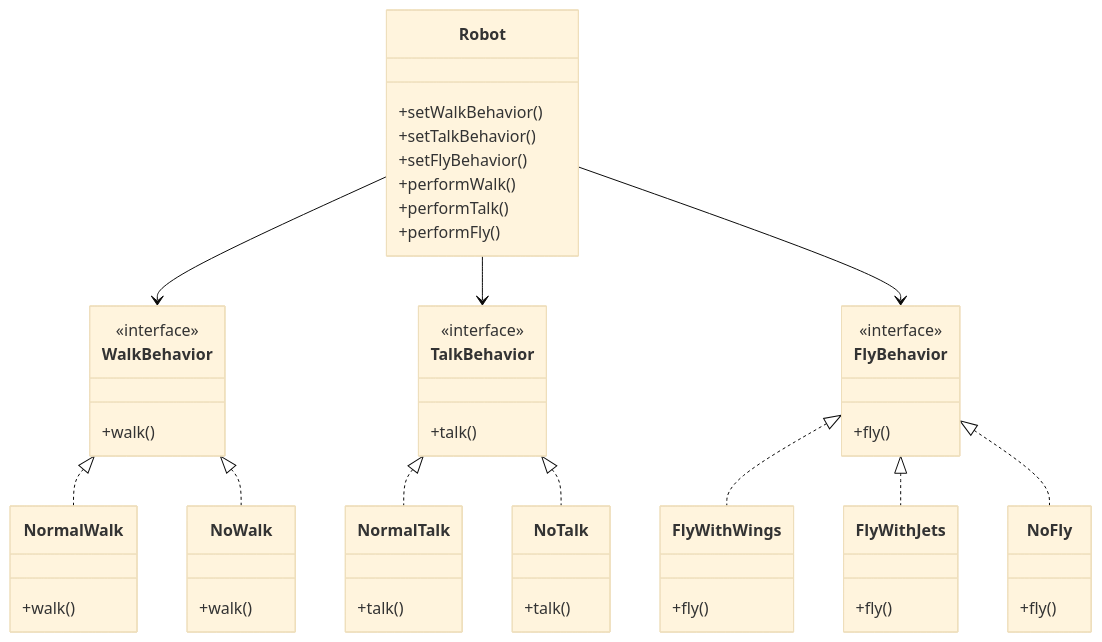
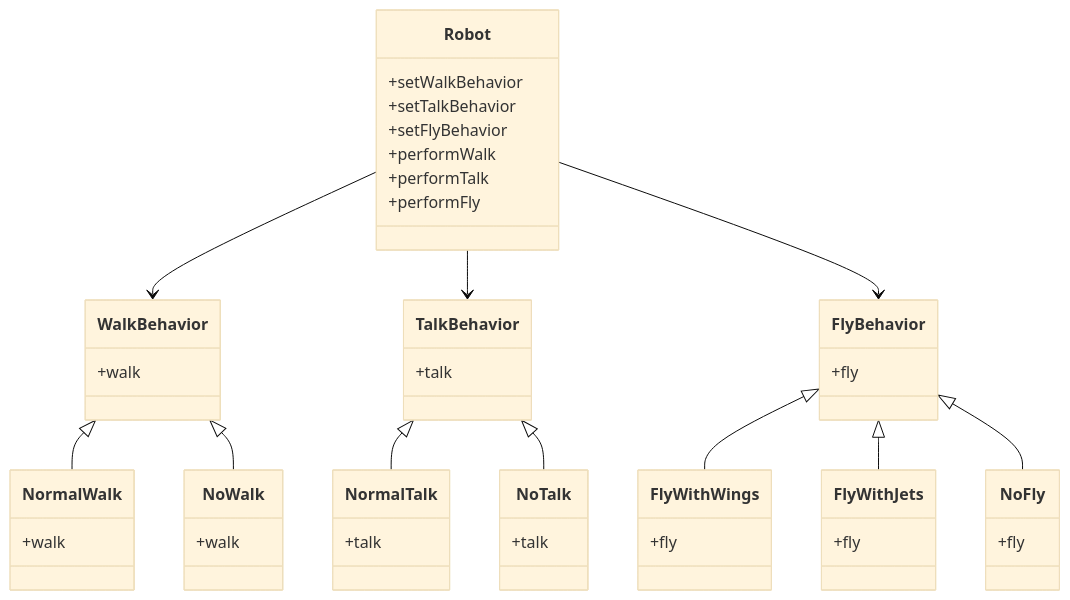
One commit to gojosatoru123-ux/CacheU changed the second of 4 diagrams in src/content/lld-strategy-design-pattern.md. Above: the diagram before and after it, drawn with Mermaid (base theme). The commit also changed other lines of this file and 21 other files, not shown here.

````diff
--- a/src/content/lld-strategy-design-pattern.md
+++ b/src/content/lld-strategy-design-pattern.md
@@ -187,68 +187,65 @@
 ```mermaid
 classDiagram
     class Robot {
-        +setWalkBehavior()
-        +setTalkBehavior()
-        +setFlyBehavior()
-        +performWalk()
-        +performTalk()
-        +performFly()
+        +setWalkBehavior
+        +setTalkBehavior
+        +setFlyBehavior
+        +performWalk
+        +performTalk
+        +performFly
     }
 
     class WalkBehavior {
-        <<interface>>
-        +walk()
+        +walk
     }
 
     class TalkBehavior {
-        <<interface>>
-        +talk()
+        +talk
     }
 
     class FlyBehavior {
-        <<interface>>
-        +fly()
+        +fly
     }
 
     class NormalWalk {
-        +walk()
+        +walk
     }
 
     class NoWalk {
-        +walk()
+        +walk
     }
 
     class NormalTalk {
-        +talk()
+        +talk
     }
 
     class NoTalk {
-        +talk()
+        +talk
     }
 
     class FlyWithWings {
-        +fly()
+        +fly
     }
 
     class FlyWithJets {
-        +fly()
+        +fly
     }
 
     class NoFly {
-        +fly()
+        +fly
     }
 
     Robot --> WalkBehavior
     Robot --> TalkBehavior
     Robot --> FlyBehavior
 
-    WalkBehavior <|.. NormalWalk
-    WalkBehavior <|.. NoWalk
+    WalkBehavior <|-- NormalWalk
+    WalkBehavior <|-- NoWalk
 
-    TalkBehavior <|.. NormalTalk
-    TalkBehavior <|.. NoTalk
+    TalkBehavior <|-- NormalTalk
+    TalkBehavior <|-- NoTalk
 
-    FlyBehavior <|.. FlyWithWings
-    FlyBehavior <|.. FlyWithJets
-    FlyBehavior <|.. NoFly
+    FlyBehavior <|-- FlyWithWings
+    FlyBehavior <|-- FlyWithJets
+    FlyBehavior <|-- NoFly
 ```
````
